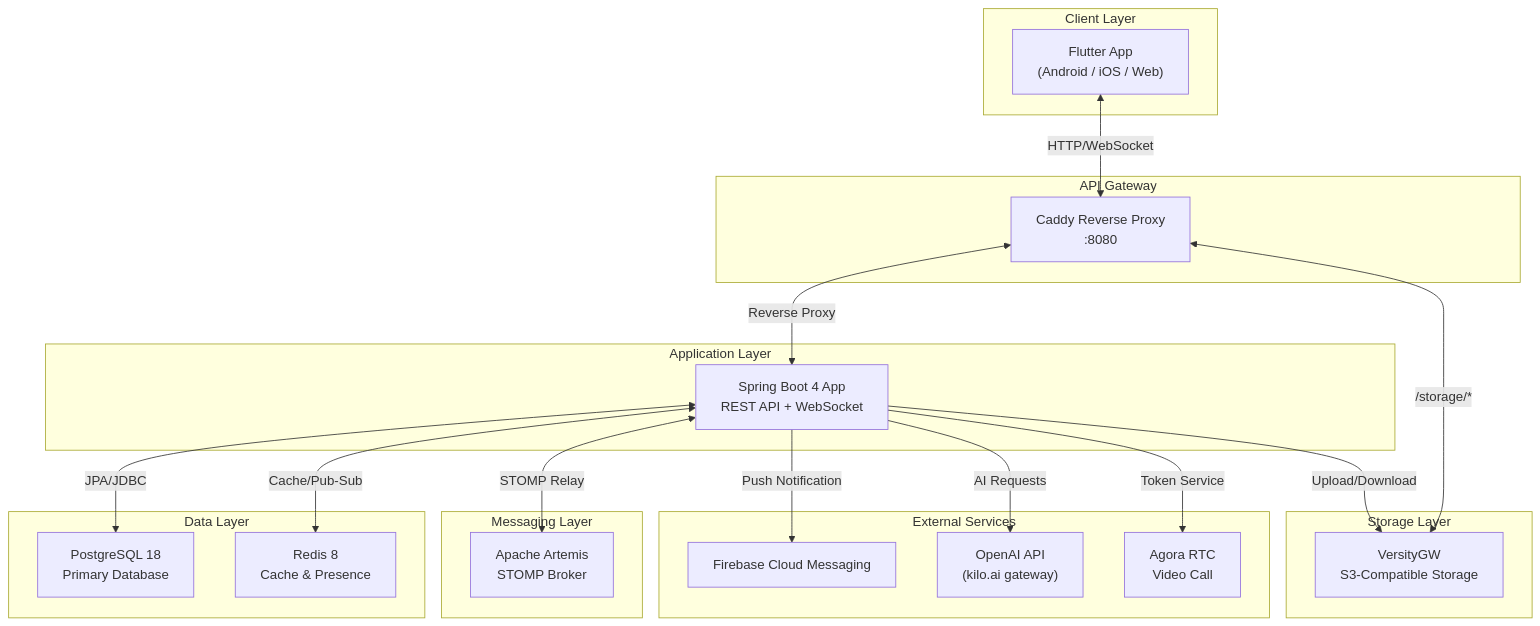
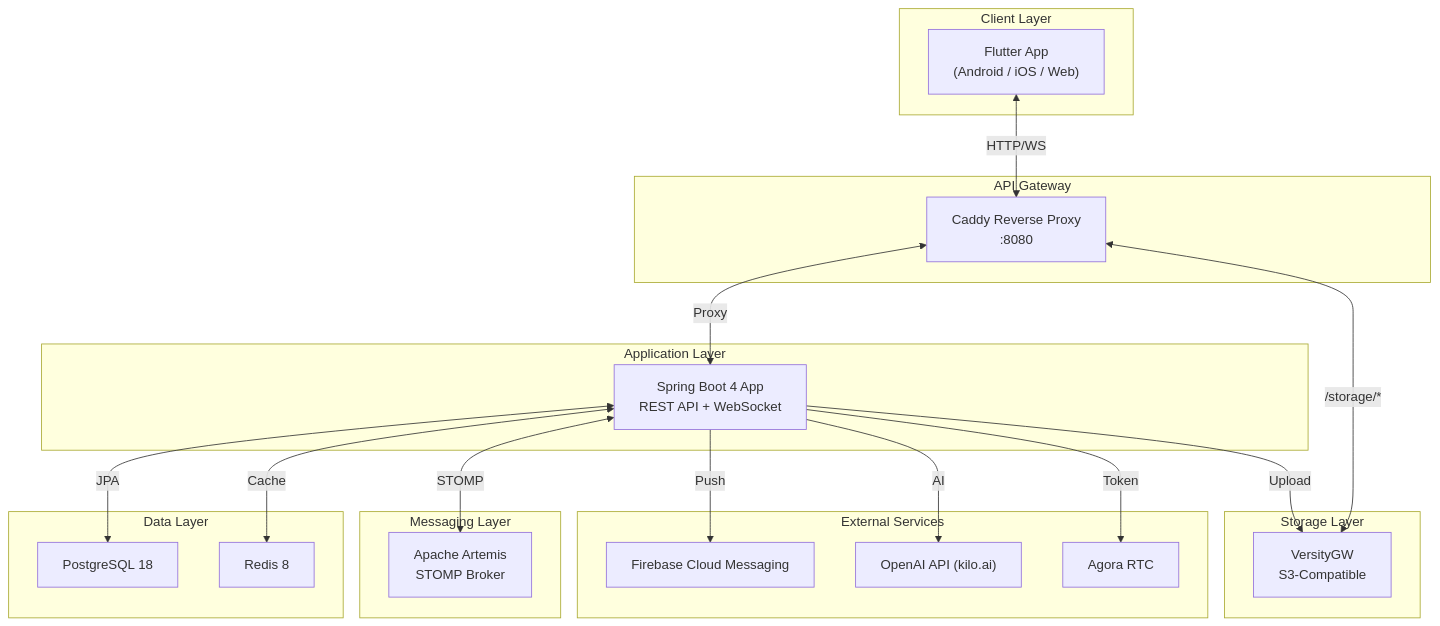
One commit to HiepNguyen284/chatapp changed the first of 11 diagrams in bao_cao_thanh_vien_1.md. Above: the diagram before and after it, drawn with Mermaid. The commit also changed other lines of this file and 4473 other files, not shown here.

````diff
--- a/bao_cao_thanh_vien_1.md
+++ b/bao_cao_thanh_vien_1.md
@@ -417,44 +295,38 @@
 ```mermaid
 graph TB
     subgraph Client["Client Layer"]
         FL["Flutter App<br/>(Android / iOS / Web)"]
     end
-
     subgraph Gateway["API Gateway"]
         CA["Caddy Reverse Proxy<br/>:8080"]
     end
-
     subgraph Backend["Application Layer"]
         SB["Spring Boot 4 App<br/>REST API + WebSocket"]
     end
-
     subgraph Data["Data Layer"]
-        PG["PostgreSQL 18<br/>Primary Database"]
-        RD["Redis 8<br/>Cache & Presence"]
+        PG["PostgreSQL 18"]
+        RD["Redis 8"]
     end
-
     subgraph Messaging["Messaging Layer"]
         AR["Apache Artemis<br/>STOMP Broker"]
     end
-
     subgraph Storage["Storage Layer"]
-        S3["VersityGW<br/>S3-Compatible Storage"]
+        S3["VersityGW<br/>S3-Compatible"]
+    end
+    subgraph External["External Services"]
+        FB["Firebase Cloud Messaging"]
+        AI["OpenAI API (kilo.ai)"]
+        AG["Agora RTC"]
     end
 
-    subgraph External["External Services"]
-        FB["Firebase Cloud Messaging"]
-        AI["OpenAI API<br/>(kilo.ai gateway)"]
-        AG["Agora RTC<br/>Video Call"]
-    end
-
-    FL <-->|"HTTP/WebSocket"| CA
-    CA <-->|"Reverse Proxy"| SB
+    FL <-->|"HTTP/WS"| CA
+    CA <-->|"Proxy"| SB
     CA <-->|"/storage/*"| S3
-    SB <-->|"JPA/JDBC"| PG
-    SB <-->|"Cache/Pub-Sub"| RD
-    SB <-->|"STOMP Relay"| AR
-    SB -->|"Upload/Download"| S3
-    SB -->|"Push Notification"| FB
-    SB -->|"AI Requests"| AI
-    SB -->|"Token Service"| AG
+    SB <-->|"JPA"| PG
+    SB <-->|"Cache"| RD
+    SB <-->|"STOMP"| AR
+    SB -->|"Upload"| S3
+    SB -->|"Push"| FB
+    SB -->|"AI"| AI
+    SB -->|"Token"| AG
 ```
````
